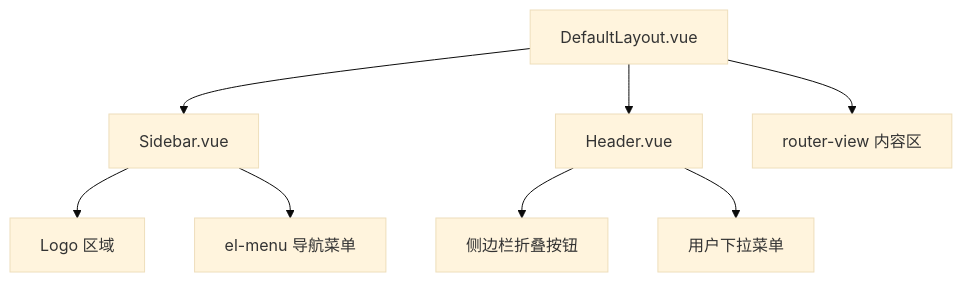
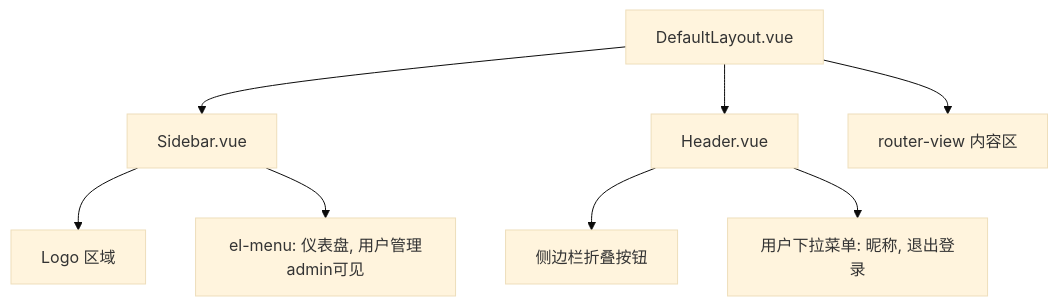
One commit to haobinfei/cybertron-portal changed the fourth of 4 diagrams in docs/design.md. Above: the diagram before and after it, drawn with Mermaid (base theme). The commit also changed other lines of this file and 33 other files, not shown here.

````diff
--- a/docs/design.md
+++ b/docs/design.md
@@ -107,12 +301,12 @@
 ```mermaid
 graph TD
     DefaultLayout[DefaultLayout.vue] --> Sidebar[Sidebar.vue]
     DefaultLayout --> Header[Header.vue]
     DefaultLayout --> RouterView[router-view 内容区]
 
     Sidebar --> Logo[Logo 区域]
-    Sidebar --> Menu[el-menu 导航菜单]
+    Sidebar --> Menu[el-menu: 仪表盘, 用户管理admin可见]
 
     Header --> CollapseBtn[侧边栏折叠按钮]
-    Header --> UserDropdown[用户下拉菜单]
+    Header --> UserDropdown[用户下拉菜单: 昵称, 退出登录]
 ```
````
